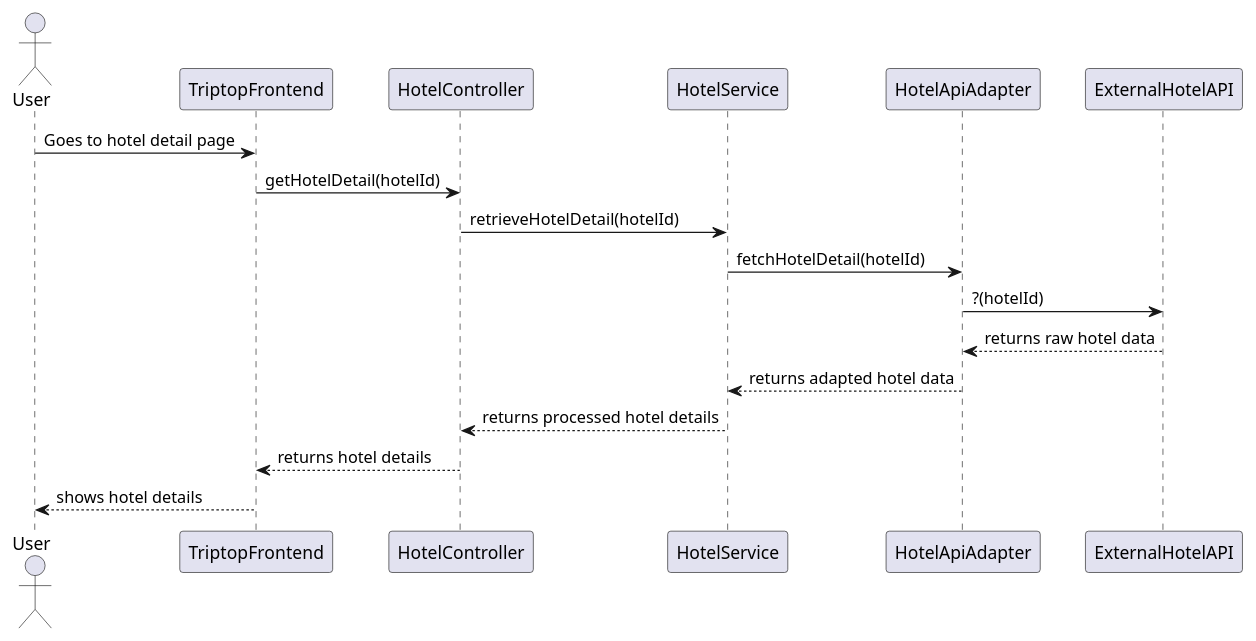
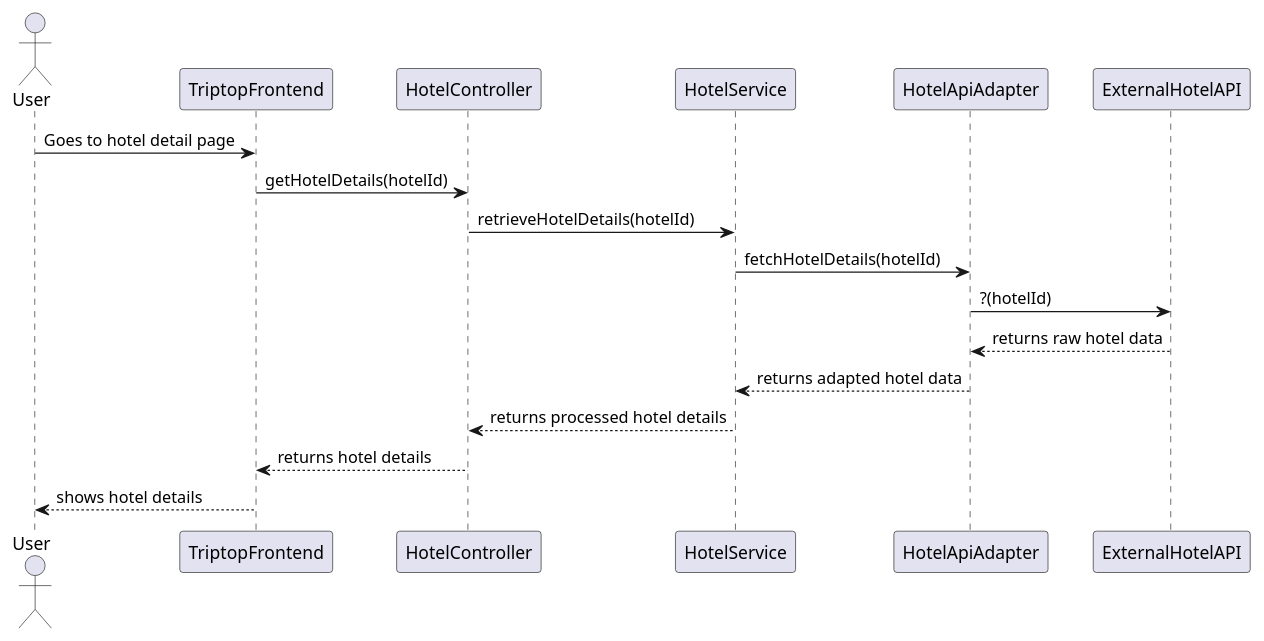
One commit to AIM-ENE-feb25/triptop-peak-performers-groep-1 changed the diagram in Jamiro/Dynmamische-Diagrammen/SquenceDiagramAdapterPatternJamiro.puml. Above: the diagram before and after it, drawn with PlantUML. The commit also changed 3 other files, not shown here.

Commit message:
kleine aanpassingen van mijn diagrammen zodat ze overeen komen

```diff
--- a/Jamiro/Dynmamische-Diagrammen/SquenceDiagramAdapterPatternJamiro.puml
+++ b/Jamiro/Dynmamische-Diagrammen/SquenceDiagramAdapterPatternJamiro.puml
@@ -1,21 +1,21 @@
 @startuml
 actor User
 participant TriptopFrontend
 participant HotelController
 participant HotelService
 participant HotelApiAdapter
 participant ExternalHotelAPI
 
 
 User -> TriptopFrontend: Goes to hotel detail page
-TriptopFrontend -> HotelController : getHotelDetail(hotelId)
-HotelController -> HotelService : retrieveHotelDetail(hotelId)
-HotelService -> HotelApiAdapter : fetchHotelDetail(hotelId)
+TriptopFrontend -> HotelController : getHotelDetails(hotelId)
+HotelController -> HotelService : retrieveHotelDetails(hotelId)
+HotelService -> HotelApiAdapter : fetchHotelDetails(hotelId)
 HotelApiAdapter -> ExternalHotelAPI : ?(hotelId)
 ExternalHotelAPI --> HotelApiAdapter : returns raw hotel data
 HotelApiAdapter --> HotelService : returns adapted hotel data
 HotelService --> HotelController : returns processed hotel details
 HotelController --> TriptopFrontend : returns hotel details
 TriptopFrontend --> User : shows hotel details
 
 @enduml
```
